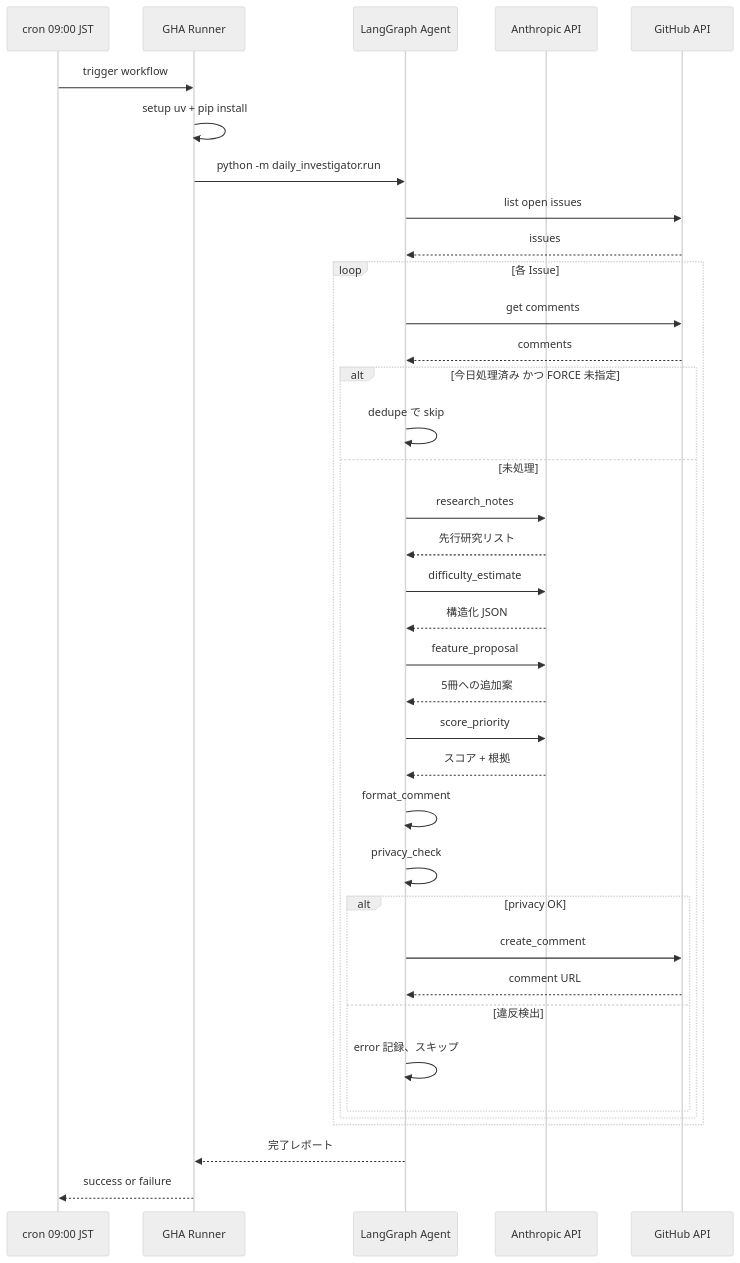
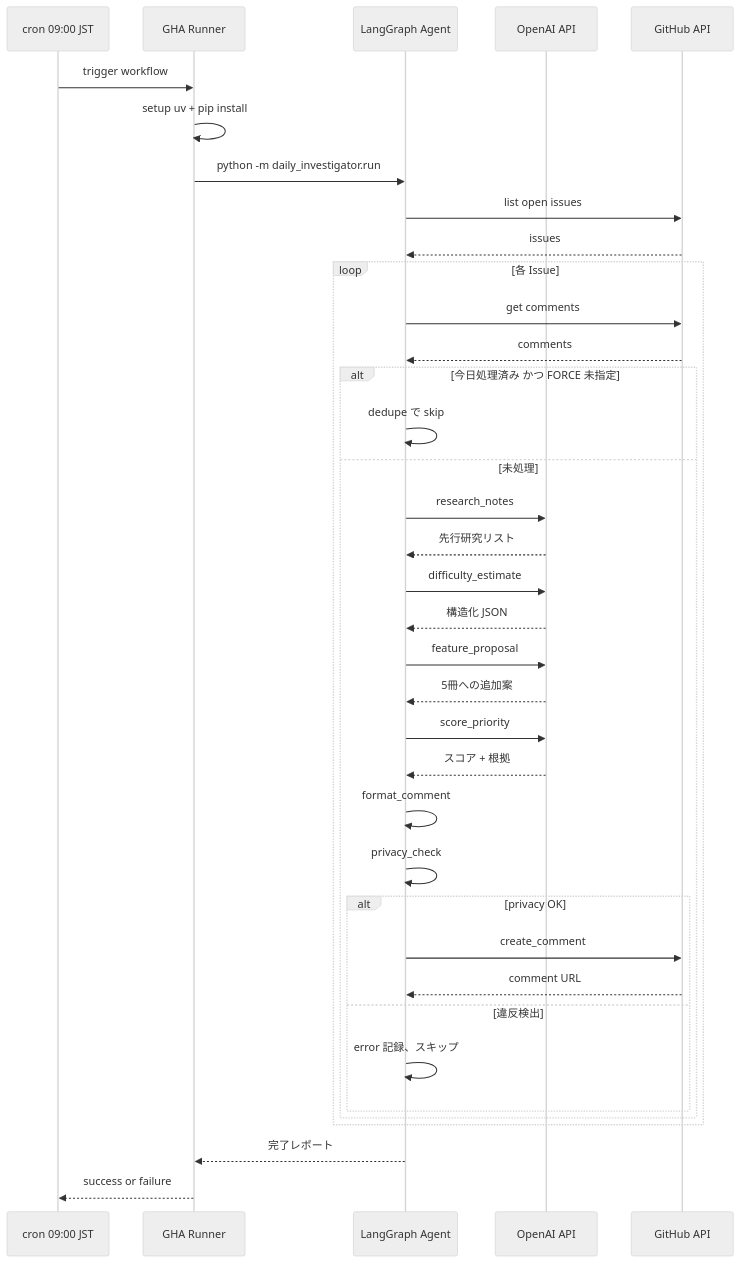
Before and after one commit to yk0817/baby-ehon: the seventh of 11 diagrams in docs/automation/agent-pipeline.md, drawn with Mermaid (neutral theme). The commit also changed other lines of this file, not shown here.

````diff
--- a/docs/automation/agent-pipeline.md
+++ b/docs/automation/agent-pipeline.md
@@ -753,42 +806,42 @@
 ```mermaid
 sequenceDiagram
     participant Cron as cron 09:00 JST
     participant Runner as GHA Runner
     participant Agent as LangGraph Agent
-    participant LLM as Anthropic API
+    participant LLM as OpenAI API
     participant GH as GitHub API
 
     Cron->>Runner: trigger workflow
     Runner->>Runner: setup uv + pip install
     Runner->>Agent: python -m daily_investigator.run
     Agent->>GH: list open issues
     GH-->>Agent: issues #1..#7
 
     loop 各 Issue
         Agent->>GH: get comments
         GH-->>Agent: comments
         alt 今日処理済み かつ FORCE 未指定
             Agent->>Agent: dedupe で skip
         else 未処理
             Agent->>LLM: research_notes
             LLM-->>Agent: 先行研究リスト
             Agent->>LLM: difficulty_estimate
             LLM-->>Agent: 構造化 JSON
             Agent->>LLM: feature_proposal
             LLM-->>Agent: 5冊への追加案
             Agent->>LLM: score_priority
             LLM-->>Agent: スコア + 根拠
             Agent->>Agent: format_comment
             Agent->>Agent: privacy_check
             alt privacy OK
                 Agent->>GH: create_comment
                 GH-->>Agent: comment URL
             else 違反検出
                 Agent->>Agent: error 記録、スキップ
             end
         end
     end
 
     Agent-->>Runner: 完了レポート
     Runner-->>Cron: success or failure
 ```
````
